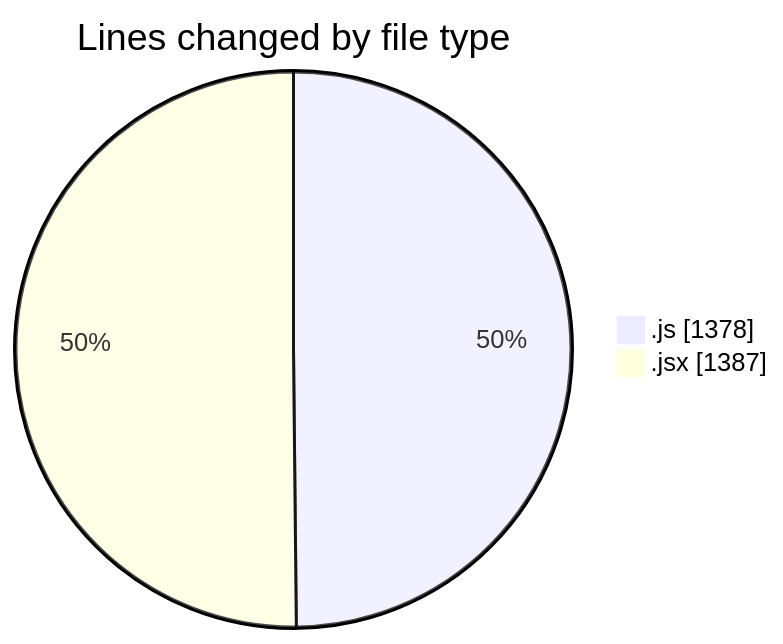
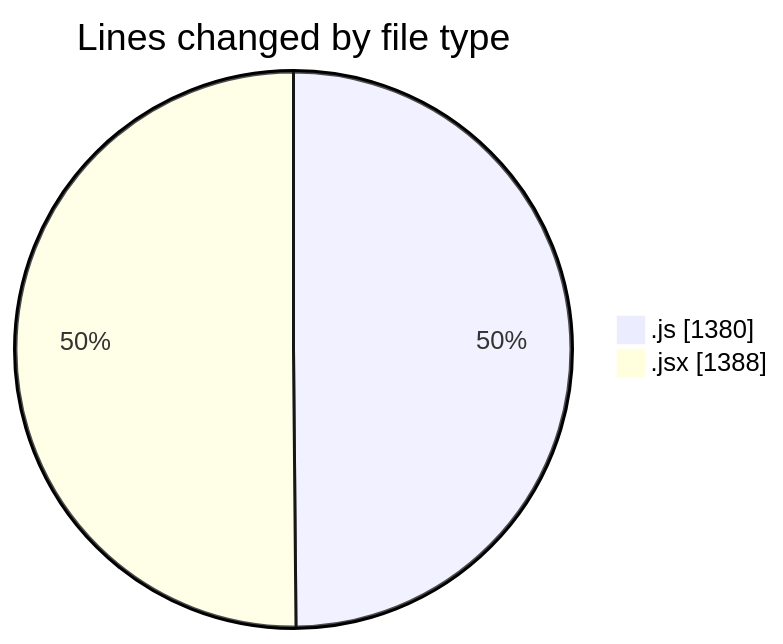
The first of 2 diagrams in 2025-07-29/nxtqube_webapp/README.md (nxtqubesakshisongat/code-tracking), drawn with Mermaid before and after one commit. The commit also changed other lines of this file and 1 other file, not shown here.

````diff
--- a/2025-07-29/nxtqube_webapp/README.md
+++ b/2025-07-29/nxtqube_webapp/README.md
@@ -27,6 +27,6 @@
 ```mermaid
 pie showData
 title Lines changed by file type
-".js" : 1378
-".jsx" : 1387
+".js" : 1380
+".jsx" : 1388
 ```
````
